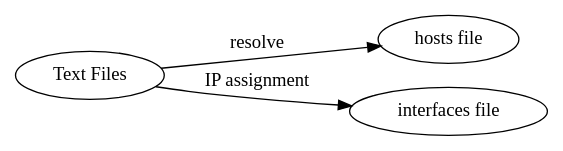
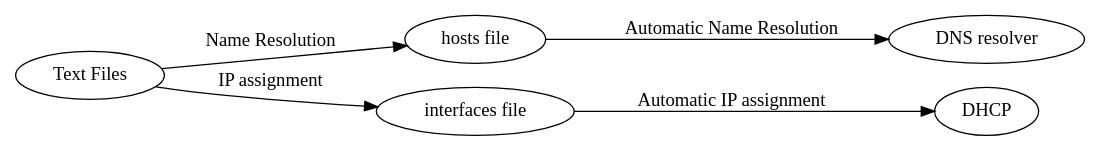
One commit to websages/OpsCraft changed the diagram in technology.dot. Above: the diagram before and after it, drawn with Graphviz.

Commit message:
adding some basics

```diff
--- a/technology.dot
+++ b/technology.dot
@@ -1,7 +1,9 @@
 digraph trees {
   rankdir=LR;
   subgraph opscraft {
-    "Text Files"            -> "hosts file"               [label = "resolve"];
+    "Text Files"            -> "hosts file"               [label = "Name Resolution"];
     "Text Files"            -> "interfaces file"          [label = "IP assignment"];
+    "hosts file"            -> "DNS resolver"             [label = "Automatic Name Resolution"];
+    "interfaces file"       -> "DHCP"                     [label = "Automatic IP assignment"];
   }
 }
```
